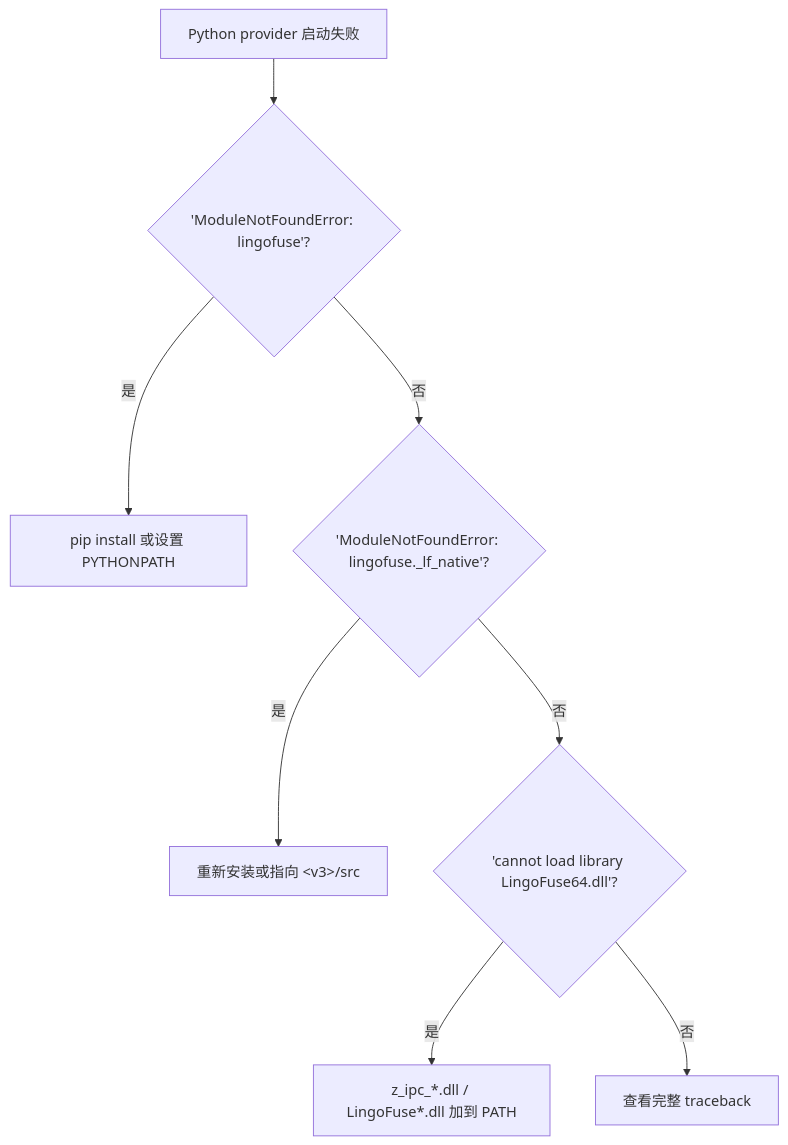
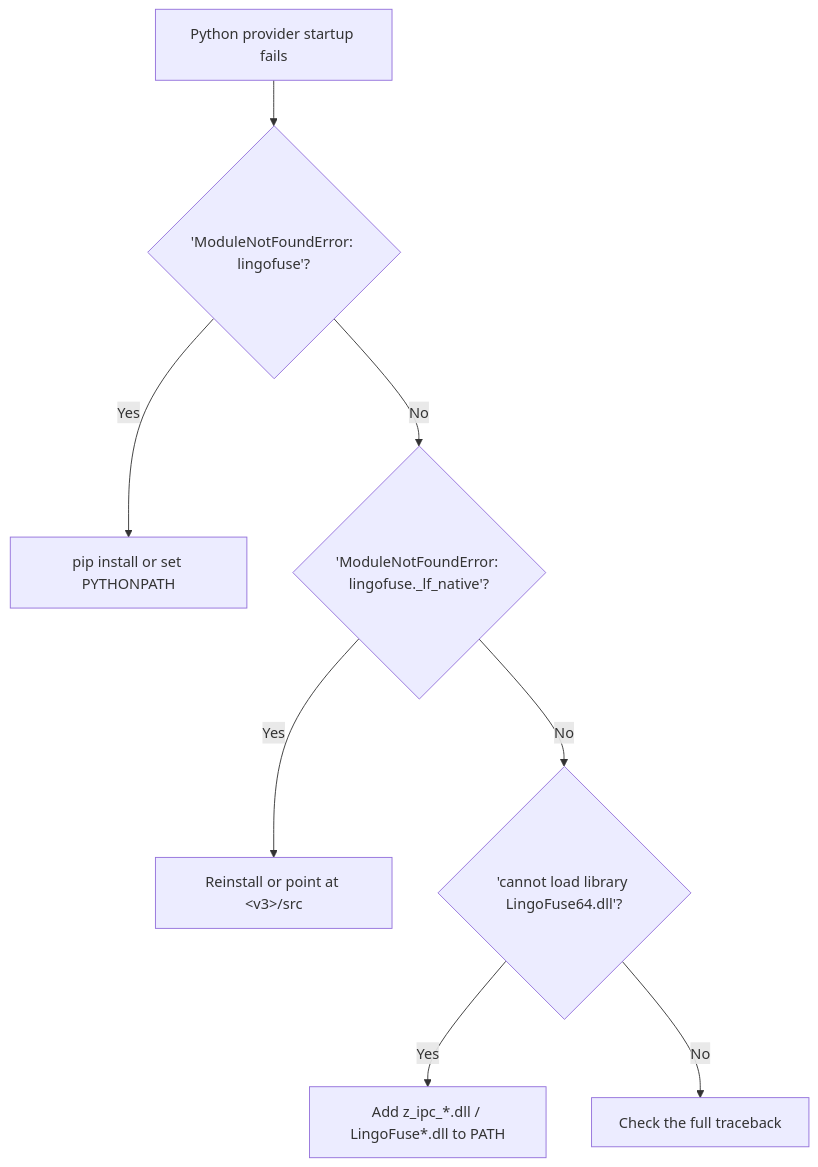
Before and after one commit to PassByYou888/LingoFuse-Tools: diagram 13 of 15 in src/pascal_c_to_mcp/code_decl_to_mcp_knowledge_base.md, drawn with Mermaid. The commit also changed other lines of this file, not shown here.

````diff
--- a/src/pascal_c_to_mcp/code_decl_to_mcp_knowledge_base.md
+++ b/src/pascal_c_to_mcp/code_decl_to_mcp_knowledge_base.md
@@ -1656,10 +1657,10 @@
 ```mermaid
 flowchart TD
-    START["Python provider 启动失败"] --> Q1{"'ModuleNotFoundError: lingofuse'?"}
-    Q1 -- 是 --> A1["pip install 或设置 PYTHONPATH"]
-    Q1 -- 否 --> Q2{"'ModuleNotFoundError: lingofuse._lf_native'?"}
-    Q2 -- 是 --> A2["重新安装或指向 &lt;v3&gt;/src"]
-    Q2 -- 否 --> Q3{"'cannot load library LingoFuse64.dll'?"}
-    Q3 -- 是 --> A3["z_ipc_*.dll / LingoFuse*.dll 加到 PATH"]
-    Q3 -- 否 --> Q4["查看完整 traceback"]
+    START["Python provider startup fails"] --> Q1{"'ModuleNotFoundError: lingofuse'?"}
+    Q1 -- Yes --> A1["pip install or set PYTHONPATH"]
+    Q1 -- No --> Q2{"'ModuleNotFoundError: lingofuse._lf_native'?"}
+    Q2 -- Yes --> A2["Reinstall or point at &lt;v3&gt;/src"]
+    Q2 -- No --> Q3{"'cannot load library LingoFuse64.dll'?"}
+    Q3 -- Yes --> A3["Add z_ipc_*.dll / LingoFuse*.dll to PATH"]
+    Q3 -- No --> Q4["Check the full traceback"]
 ```
````
